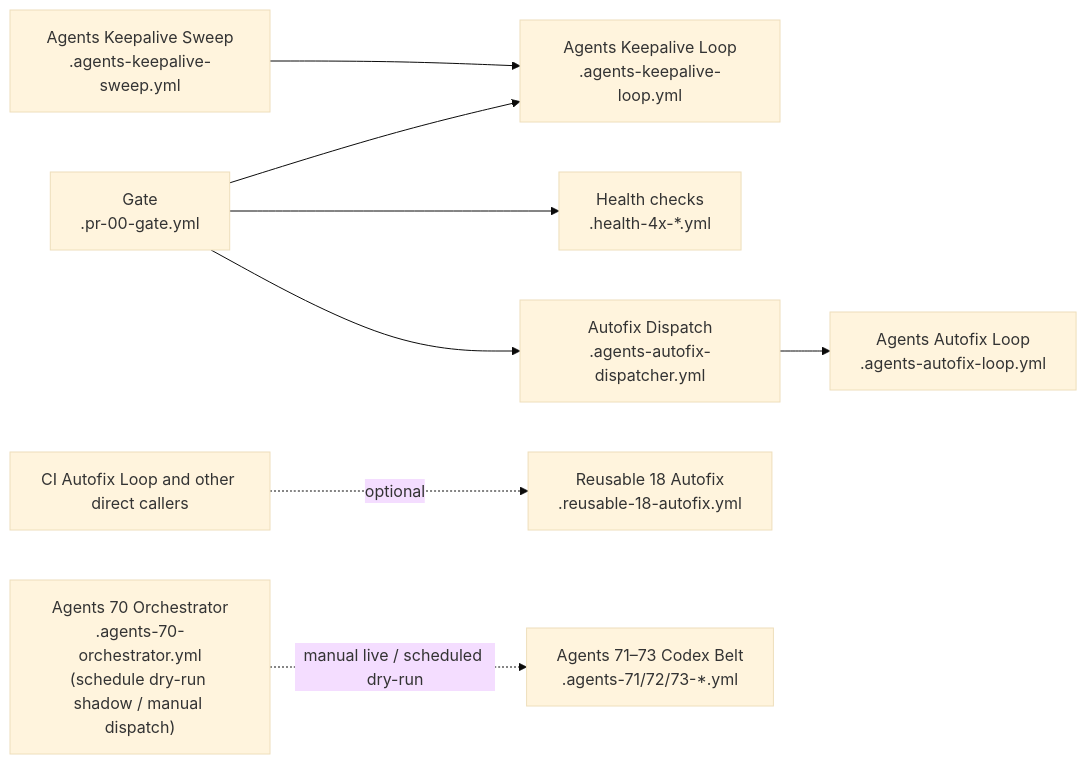
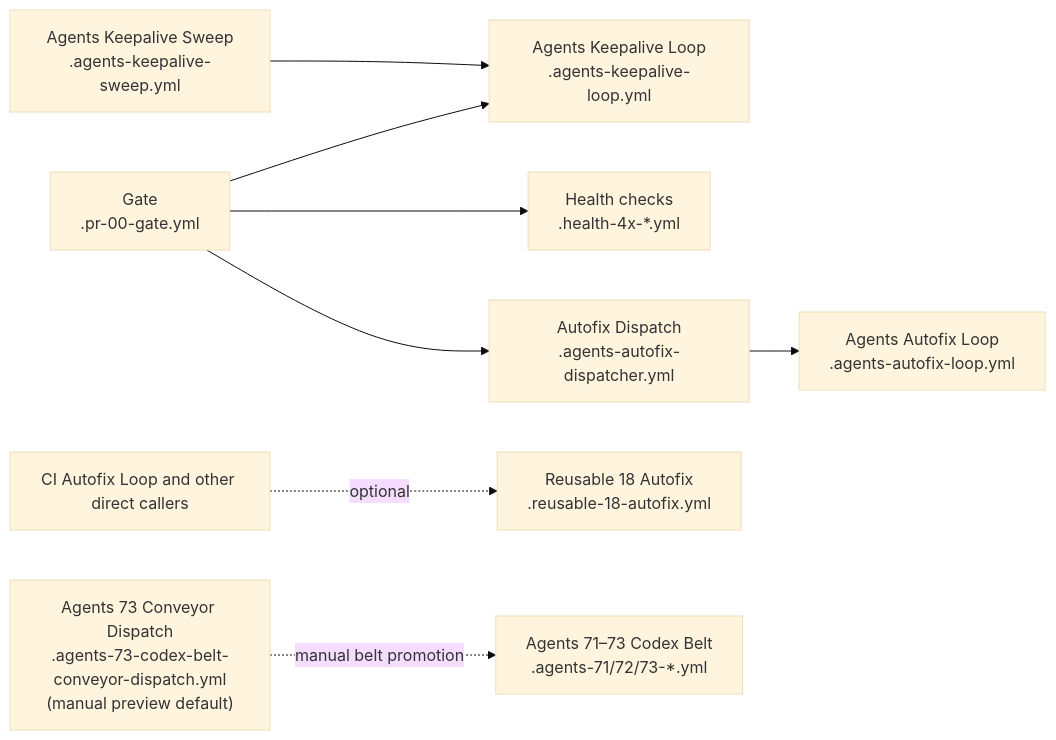
Before and after one commit to stranske/Workflows: the first of 2 diagrams in docs/ci/WORKFLOWS.md, drawn with Mermaid (base theme). The commit also changed other lines of this file and 45 other files, not shown here.

First line of the commit message:
Retire the Agents 70 family and keep belt promotion callable (#5167)

````diff
--- a/docs/ci/WORKFLOWS.md
+++ b/docs/ci/WORKFLOWS.md
@@ -19,10 +19,10 @@
 ```mermaid
 flowchart LR
     gate["Gate\n.pr-00-gate.yml"] --> keepaliveLoop["Agents Keepalive Loop\n.agents-keepalive-loop.yml"]
     keepaliveSweep["Agents Keepalive Sweep\n.agents-keepalive-sweep.yml"] --> keepaliveLoop
     gate --> healthGuard["Health checks\n.health-4x-*.yml"]
     gate --> autofixDispatch["Autofix Dispatch\n.agents-autofix-dispatcher.yml"]
     autofixDispatch --> autofixLoop["Agents Autofix Loop\n.agents-autofix-loop.yml"]
     directCallers["CI Autofix Loop and other direct callers"] -. optional .-> autofix["Reusable 18 Autofix\n.reusable-18-autofix.yml"]
-    agents70["Agents 70 Orchestrator\n.agents-70-orchestrator.yml\n(schedule dry-run shadow / manual dispatch)"] -. manual live / scheduled dry-run .-> agentsBelt["Agents 71–73 Codex Belt\n.agents-71/72/73-*.yml"]
+    agentsBeltDispatch["Agents 73 Conveyor Dispatch\n.agents-73-codex-belt-conveyor-dispatch.yml\n(manual preview default)"] -. manual belt promotion .-> agentsBelt["Agents 71–73 Codex Belt\n.agents-71/72/73-*.yml"]
 ```
````
